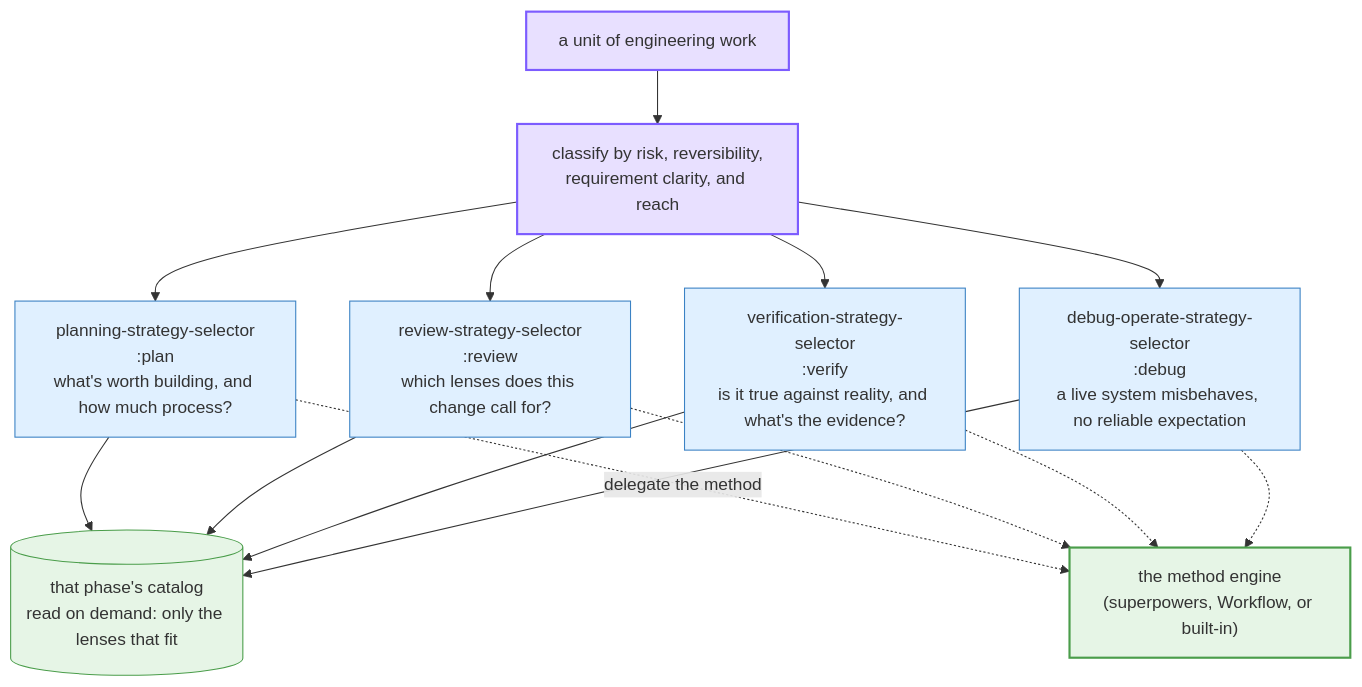
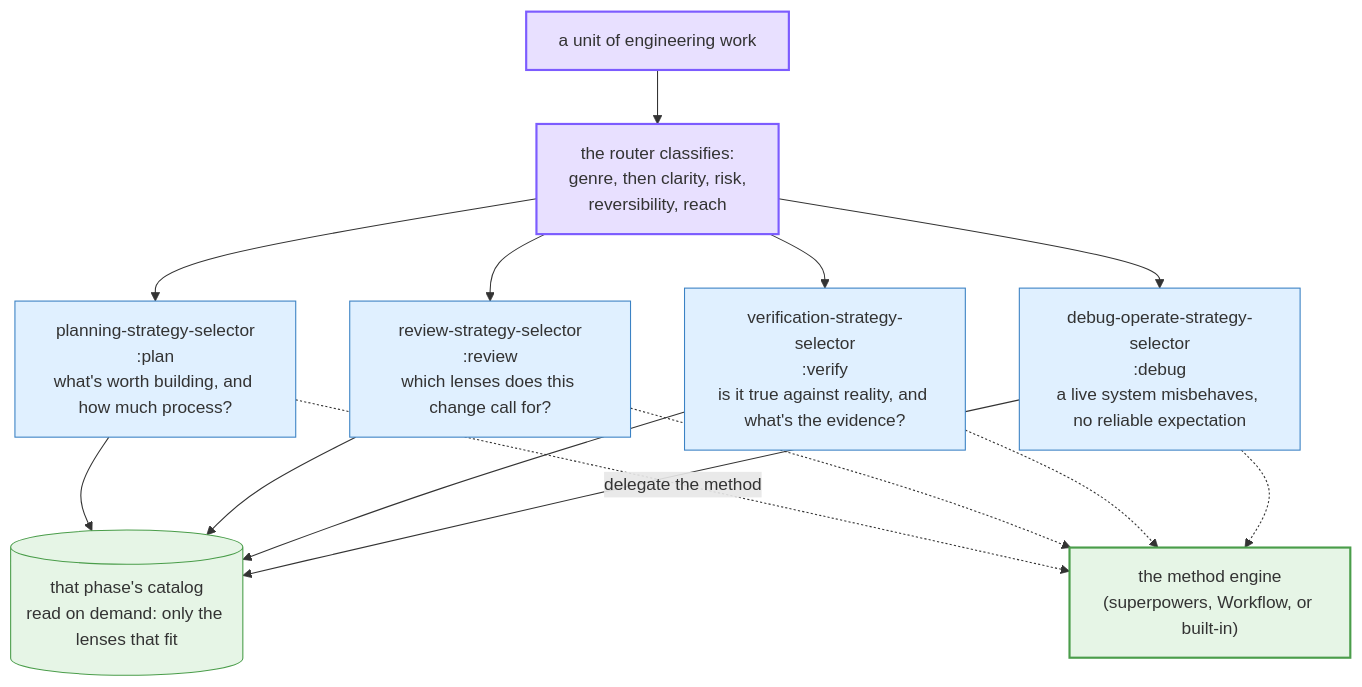
The first of 3 diagrams in docs/architecture-and-usage.md (lucasfugisawa/deliberate-engineering), drawn with Mermaid before and after one commit. The commit also changed other lines of this file and 11 other files, not shown here.

First line of the commit message:
Architectural coherence: axis honesty, the orchestrate exit, the incident seam

````diff
--- a/docs/architecture-and-usage.md
+++ b/docs/architecture-and-usage.md
@@ -20,34 +20,34 @@
 ```mermaid
 flowchart TD
     work["a unit of engineering work"]
-    axes["classify by risk, reversibility,<br/>requirement clarity, and reach"]
+    axes["the router classifies:<br/>genre, then clarity, risk,<br/>reversibility, reach"]
     plan["planning-strategy-selector<br/>:plan<br/>what's worth building, and how much process?"]
     review["review-strategy-selector<br/>:review<br/>which lenses does this change call for?"]
     verify["verification-strategy-selector<br/>:verify<br/>is it true against reality, and what's the evidence?"]
     debug["debug-operate-strategy-selector<br/>:debug<br/>a live system misbehaves, no reliable expectation"]
     catalog[("that phase's catalog<br/>read on demand: only the lenses that fit")]
     engine["the method engine<br/>(superpowers, Workflow, or built-in)"]
 
     work --> axes
     axes --> plan
     axes --> review
     axes --> verify
     axes --> debug
     plan --> catalog
     review --> catalog
     verify --> catalog
     debug --> catalog
     plan -.->|delegate the method| engine
     review -.-> engine
     verify -.-> engine
     debug -.-> engine
 
     classDef entry fill:#e8e0ff,stroke:#7c5cff,stroke-width:2px;
     classDef phase fill:#e0f0ff,stroke:#3b82c4,stroke-width:1px;
     classDef store fill:#e6f5e6,stroke:#4a9d4a,stroke-width:1px;
     classDef engine fill:#e6f5e6,stroke:#4a9d4a,stroke-width:2px;
     class work,axes entry
     class plan,review,verify,debug phase
     class catalog store
     class engine engine
 ```
````
